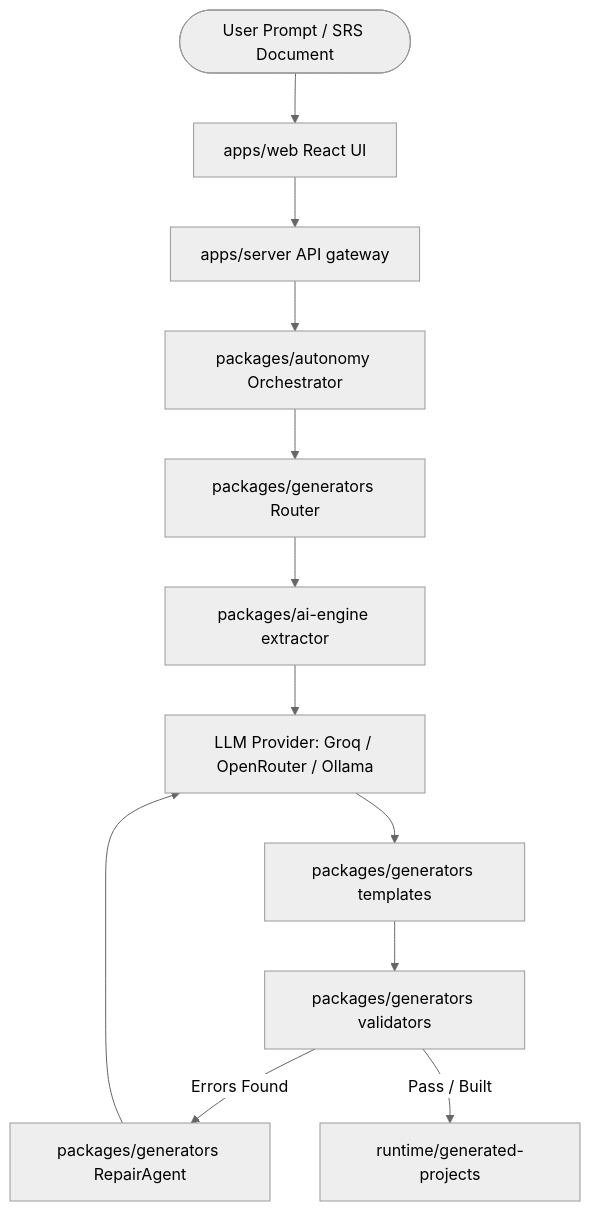
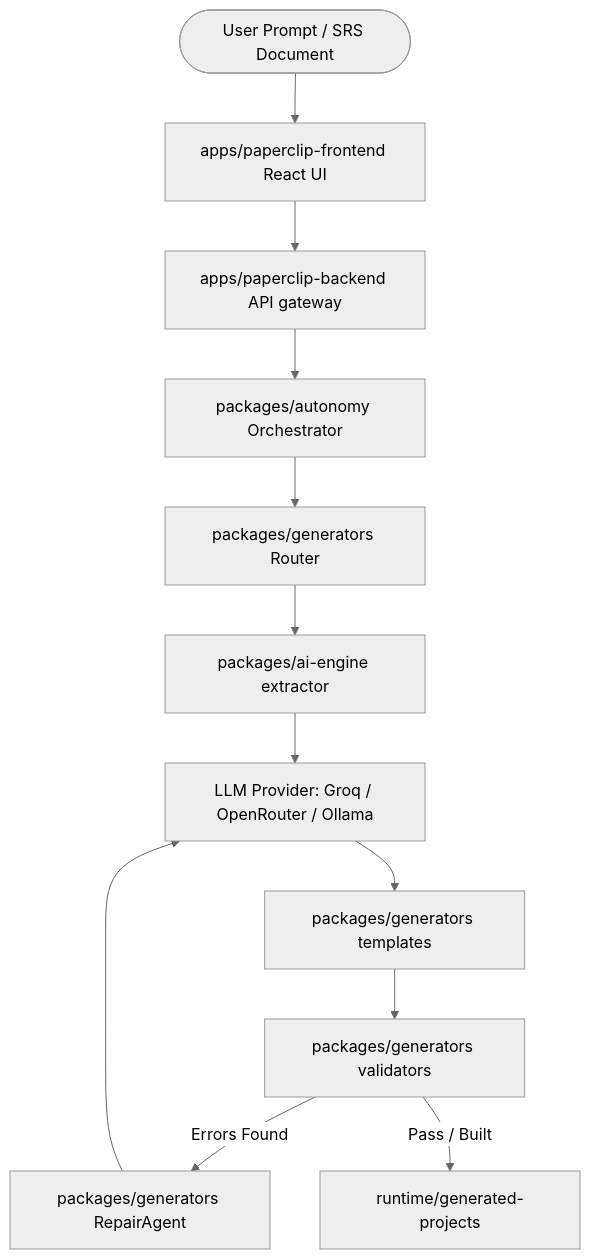
The diagram in README.md (abhi128nandan/Website_Generator), drawn with Mermaid (neutral theme) before and after one commit. The commit also changed other lines of this file and 369 other files, not shown here.

````diff
--- a/README.md
+++ b/README.md
@@ -11,14 +11,14 @@
 ```mermaid
 graph TD
-    User([User Prompt / SRS Document]) --> Web[apps/web React UI]
-    Web --> Server[apps/server API gateway]
+    User([User Prompt / SRS Document]) --> Web[apps/paperclip-frontend React UI]
+    Web --> Server[apps/paperclip-backend API gateway]
     Server --> Autonomy[packages/autonomy Orchestrator]
     Autonomy --> Router[packages/generators Router]
     Router --> Extractor[packages/ai-engine extractor]
     Extractor --> LLM[LLM Provider: Groq / OpenRouter / Ollama]
     LLM --> CodeGen[packages/generators templates]
     CodeGen --> Validation[packages/generators validators]
     Validation -- Errors Found --> RepairAgent[packages/generators RepairAgent]
     RepairAgent --> LLM
     Validation -- Pass / Built --> Runtime[runtime/generated-projects]
 ```
````
